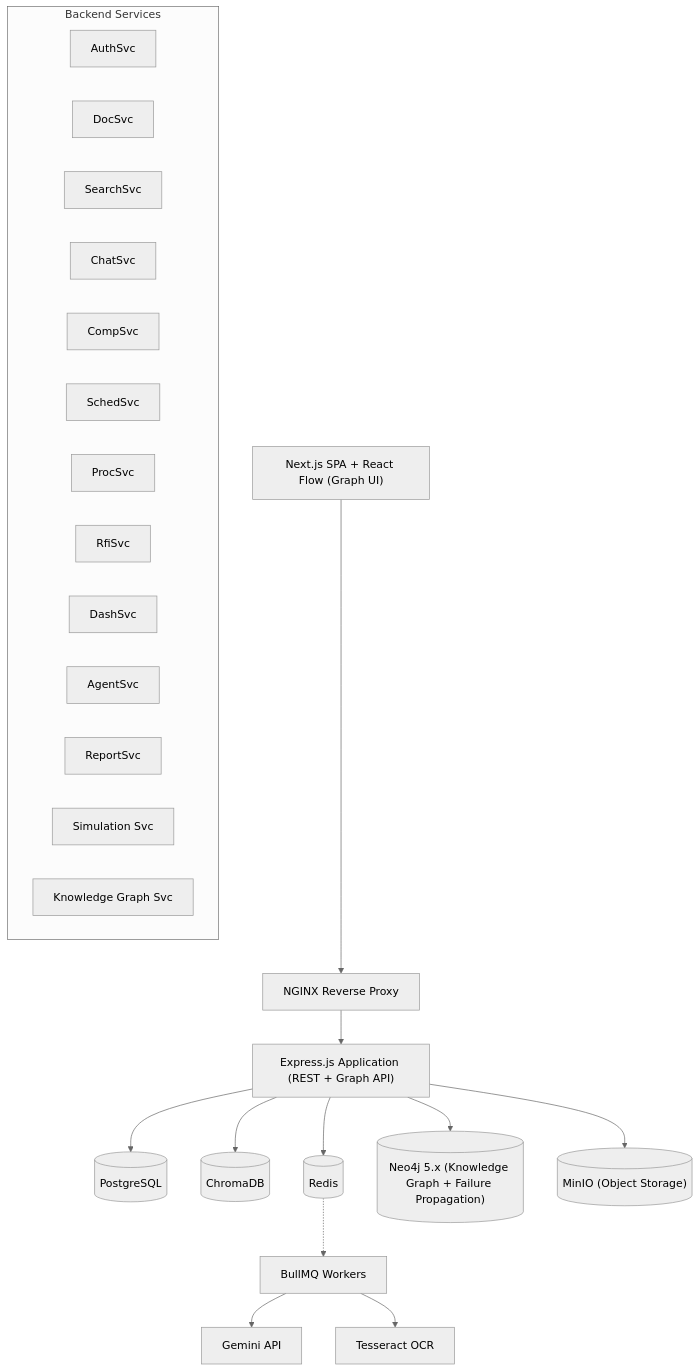
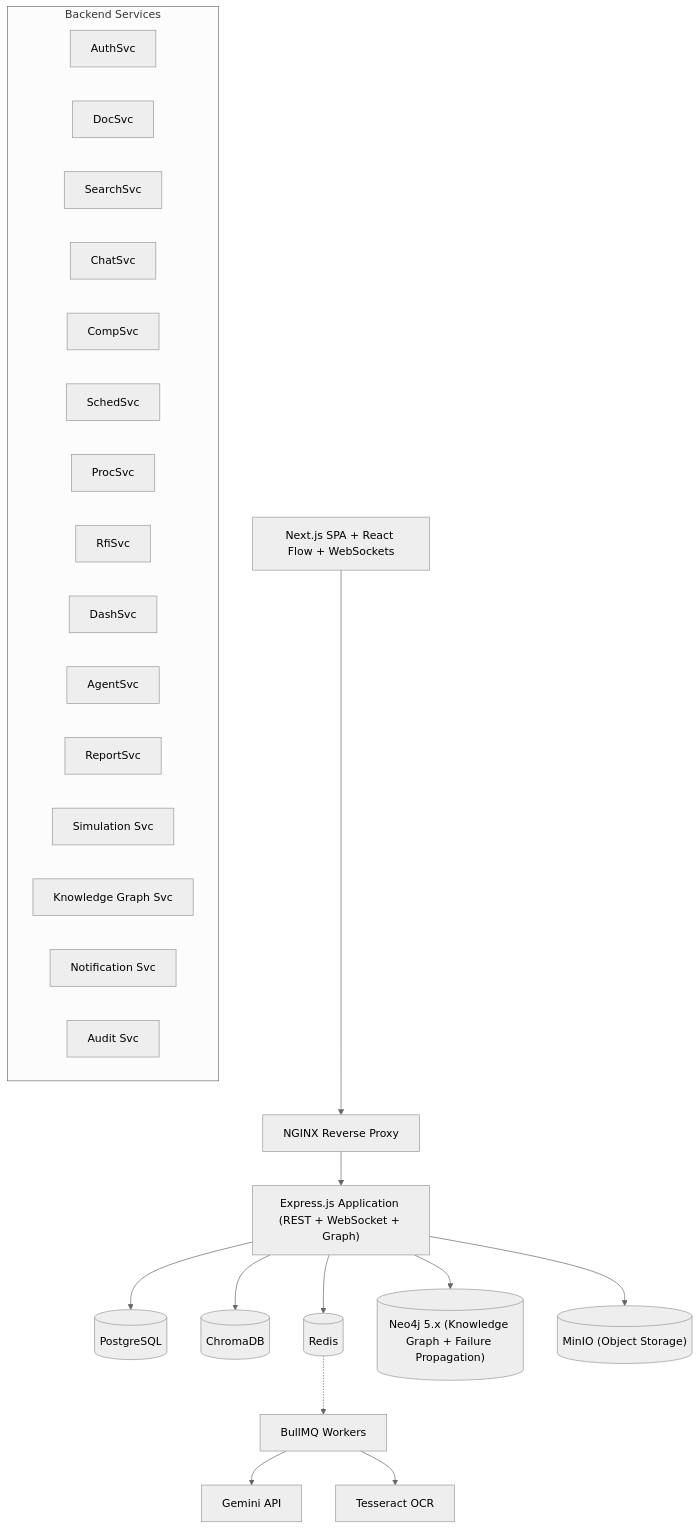
One commit to suryanshvermaa/DCBrain changed the first of 2 diagrams in .ai/ARCHITECTURE.md. Above: the diagram before and after it, drawn with Mermaid (neutral theme). The commit also changed 40 other files, not shown here.

````diff
--- a/.ai/ARCHITECTURE.md
+++ b/.ai/ARCHITECTURE.md
@@ -7,31 +7,33 @@
 ```mermaid
 graph TD
-    Client["Next.js SPA + React Flow (Graph UI)"] --> Nginx["NGINX Reverse Proxy"]
-    Nginx --> Backend["Express.js Application (REST + Graph API)"]
+    Client["Next.js SPA + React Flow + WebSockets"] --> Nginx["NGINX Reverse Proxy"]
+    Nginx --> Backend["Express.js Application (REST + WebSocket + Graph)"]
     
     subgraph Backend_Services ["Backend Services"]
         AuthSvc
         DocSvc
         SearchSvc
         ChatSvc
         CompSvc
         SchedSvc
         ProcSvc
         RfiSvc
         DashSvc
         AgentSvc
         ReportSvc
         SimSvc["Simulation Svc"]
         GraphSvc["Knowledge Graph Svc"]
+        NotifSvc["Notification Svc"]
+        AuditSvc["Audit Svc"]
     end
     
     Backend --> PG[("PostgreSQL")]
     Backend --> Chroma[("ChromaDB")]
     Backend --> Redis[("Redis")]
     Backend --> GraphDB[("Neo4j 5.x (Knowledge Graph + Failure Propagation)")]
     Backend --> MinIO[("MinIO (Object Storage)")]
     
     Redis -.-> BackgroundWorkers["BullMQ Workers"]
     BackgroundWorkers --> Gemini["Gemini API"]
     BackgroundWorkers --> Tesseract["Tesseract OCR"]
 ```
````
